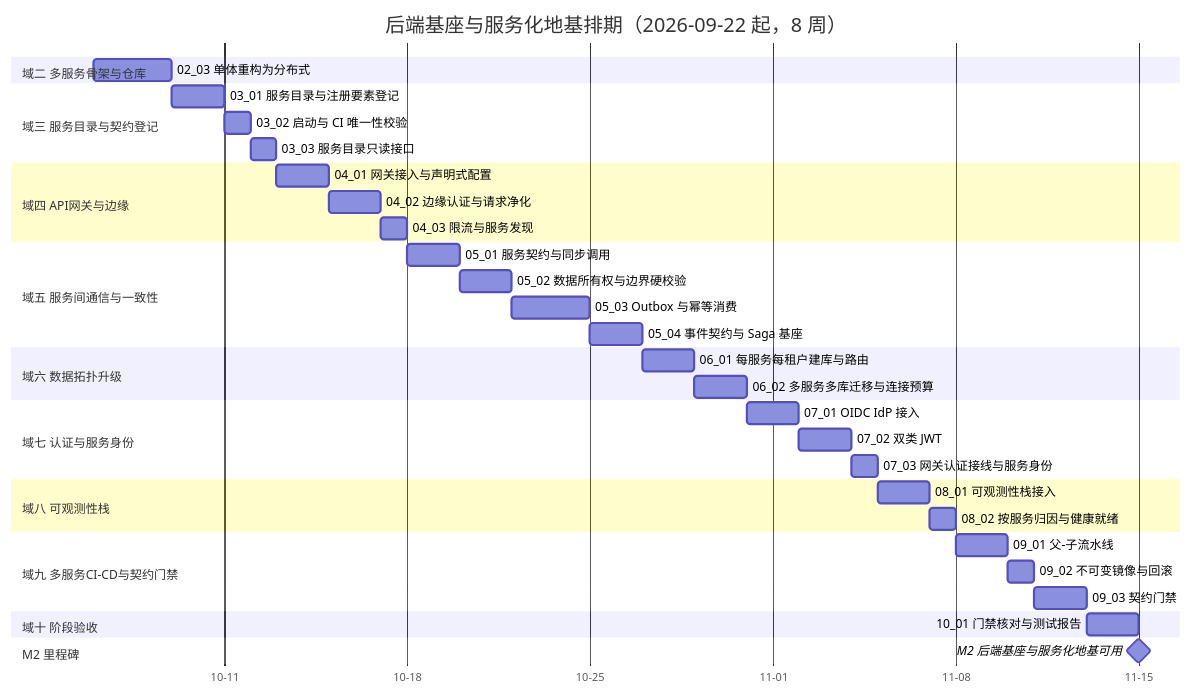
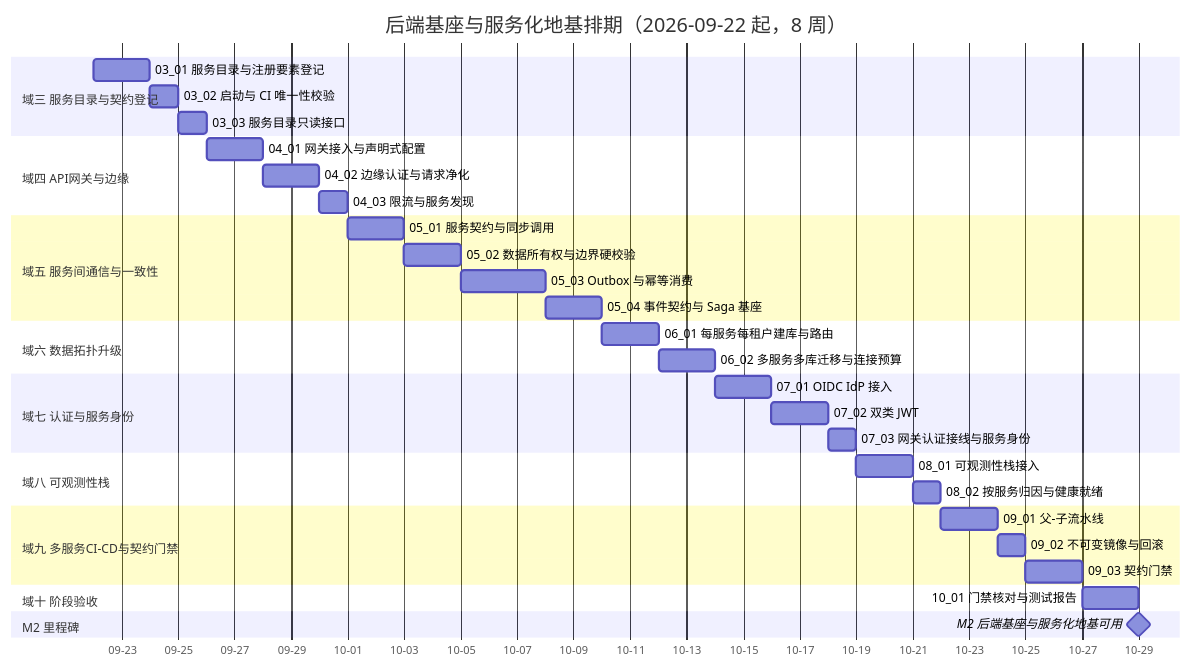
The diagram in bms文档/项目/02_后端基座与服务化地基/计划/01_计划_后端基座与服务化地基.md (minjian123/basic-management-system), drawn with Mermaid before and after one commit. The commit also changed other lines of this file and 9 other files, not shown here.

````diff
--- a/bms文档/项目/02_后端基座与服务化地基/计划/01_计划_后端基座与服务化地基.md
+++ b/bms文档/项目/02_后端基座与服务化地基/计划/01_计划_后端基座与服务化地基.md
@@ -57,39 +57,37 @@
 ```mermaid
 gantt
     title 后端基座与服务化地基排期（2026-09-22 起，8 周）
     dateFormat  YYYY-MM-DD
     axisFormat %m-%d
-    section 域二 多服务骨架与仓库
-    02_03 单体重构为分布式 :a0203, 2026-10-06, 3d
     section 域三 服务目录与契约登记
-    03_01 服务目录与注册要素登记 :a0301, after a0203, 2d
+    03_01 服务目录与注册要素登记 :a0301, 2026-09-22, 2d
     03_02 启动与 CI 唯一性校验 :a0302, after a0301, 1d
     03_03 服务目录只读接口 :a0303, after a0302, 1d
     section 域四 API网关与边缘
     04_01 网关接入与声明式配置 :a0401, after a0303, 2d
     04_02 边缘认证与请求净化 :a0402, after a0401, 2d
     04_03 限流与服务发现 :a0403, after a0402, 1d
     section 域五 服务间通信与一致性
     05_01 服务契约与同步调用 :a0501, after a0403, 2d
     05_02 数据所有权与边界硬校验 :a0502, after a0501, 2d
     05_03 Outbox 与幂等消费 :a0503, after a0502, 3d
     05_04 事件契约与 Saga 基座 :a0504, after a0503, 2d
     section 域六 数据拓扑升级
     06_01 每服务每租户建库与路由 :a0601, after a0504, 2d
     06_02 多服务多库迁移与连接预算 :a0602, after a0601, 2d
     section 域七 认证与服务身份
     07_01 OIDC IdP 接入 :a0701, after a0602, 2d
     07_02 双类 JWT :a0702, after a0701, 2d
     07_03 网关认证接线与服务身份 :a0703, after a0702, 1d
     section 域八 可观测性栈
     08_01 可观测性栈接入 :a0801, after a0703, 2d
     08_02 按服务归因与健康就绪 :a0802, after a0801, 1d
     section 域九 多服务CI-CD与契约门禁
     09_01 父-子流水线 :a0901, after a0802, 2d
     09_02 不可变镜像与回滚 :a0902, after a0901, 1d
     09_03 契约门禁 :a0903, after a0902, 2d
     section 域十 阶段验收
     10_01 门禁核对与测试报告 :a1001, after a0903, 2d
     section M2 里程碑
     M2 后端基座与服务化地基可用 :milestone, mm2, after a1001, 0d
 ```
````
